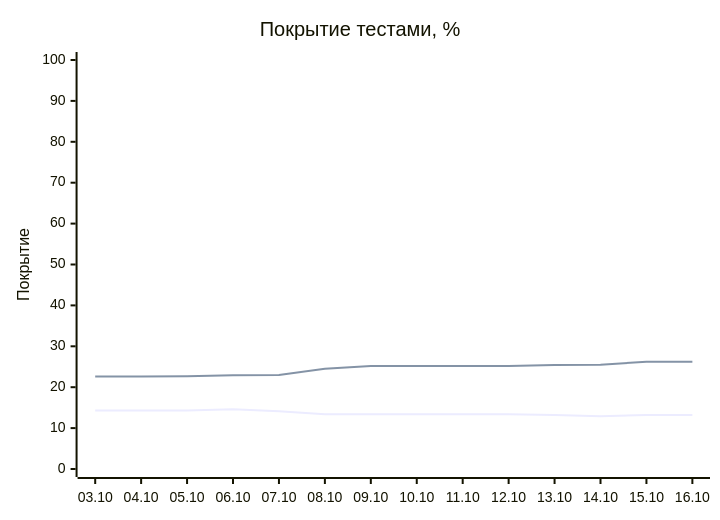
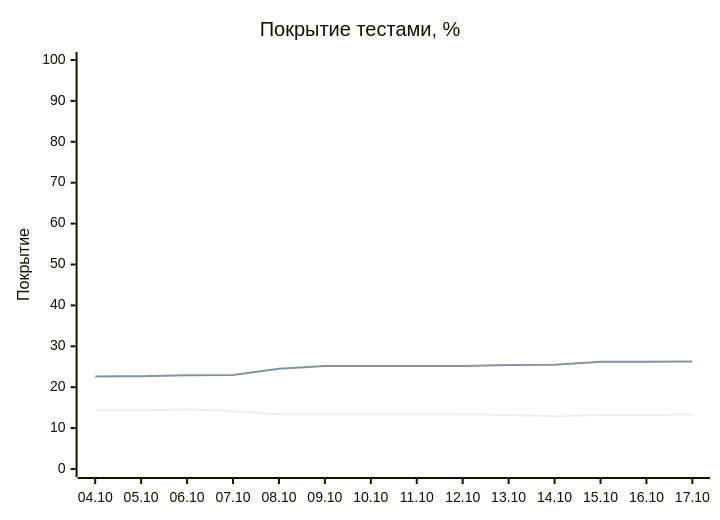
The diagram in README.md (EvgeniBondarev/coverage-report), drawn with Mermaid before and after one commit. The commit also changed other lines of this file and 3097 other files, not shown here.

````diff
--- a/README.md
+++ b/README.md
@@ -19,8 +19,8 @@
 ```mermaid
 xychart-beta
     title "Покрытие тестами, %"
-    x-axis ["03.10", "04.10", "05.10", "06.10", "07.10", "08.10", "09.10", "10.10", "11.10", "12.10", "13.10", "14.10", "15.10", "16.10"]
+    x-axis ["04.10", "05.10", "06.10", "07.10", "08.10", "09.10", "10.10", "11.10", "12.10", "13.10", "14.10", "15.10", "16.10", "17.10"]
     y-axis "Покрытие" 0 --> 100
-    line [14.3, 14.3, 14.3, 14.6, 14.1, 13.4, 13.4, 13.4, 13.4, 13.4, 13.2, 12.9, 13.2, 13.2]
-    line [22.6, 22.6, 22.7, 22.9, 23, 24.5, 25.2, 25.2, 25.2, 25.2, 25.4, 25.5, 26.2, 26.2]
+    line [14.3, 14.3, 14.6, 14.1, 13.4, 13.4, 13.4, 13.4, 13.4, 13.2, 12.9, 13.2, 13.2, 13.3]
+    line [22.6, 22.7, 22.9, 23, 24.5, 25.2, 25.2, 25.2, 25.2, 25.4, 25.5, 26.2, 26.2, 26.3]
 ```
````
